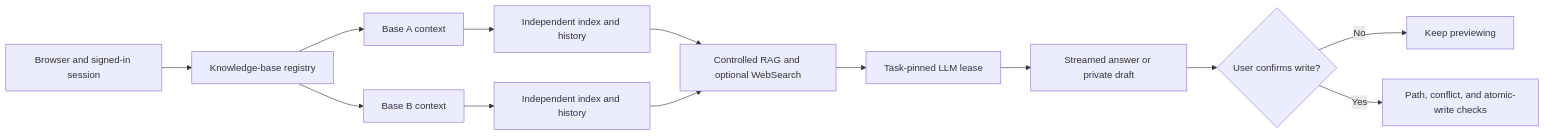
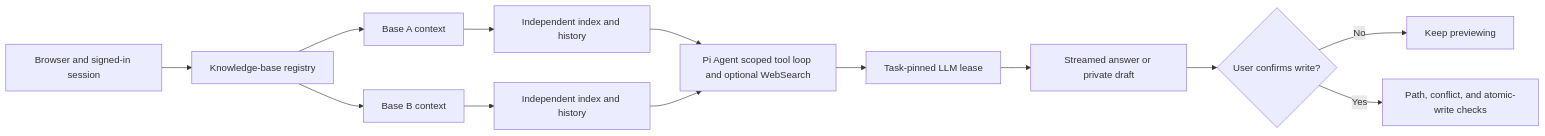
The diagram in README.en.md (kygoyuan2004/Second-Mind), drawn with Mermaid before and after one commit. The commit also changed other lines of this file and 13 other files, not shown here.

````diff
--- a/README.en.md
+++ b/README.en.md
@@ -116,15 +119,15 @@
 ```mermaid
 flowchart LR
   B[Browser and signed-in session] --> R[Knowledge-base registry]
   R --> A[Base A context]
   R --> C[Base B context]
   A --> IA[Independent index and history]
   C --> IC[Independent index and history]
-  IA --> Q[Controlled RAG and optional WebSearch]
+  IA --> Q[Pi Agent scoped tool loop and optional WebSearch]
   IC --> Q
   Q --> L[Task-pinned LLM lease]
   L --> O[Streamed answer or private draft]
   O --> W{User confirms write?}
   W -->|No| P[Keep previewing]
   W -->|Yes| V[Path, conflict, and atomic-write checks]
 ```
````
